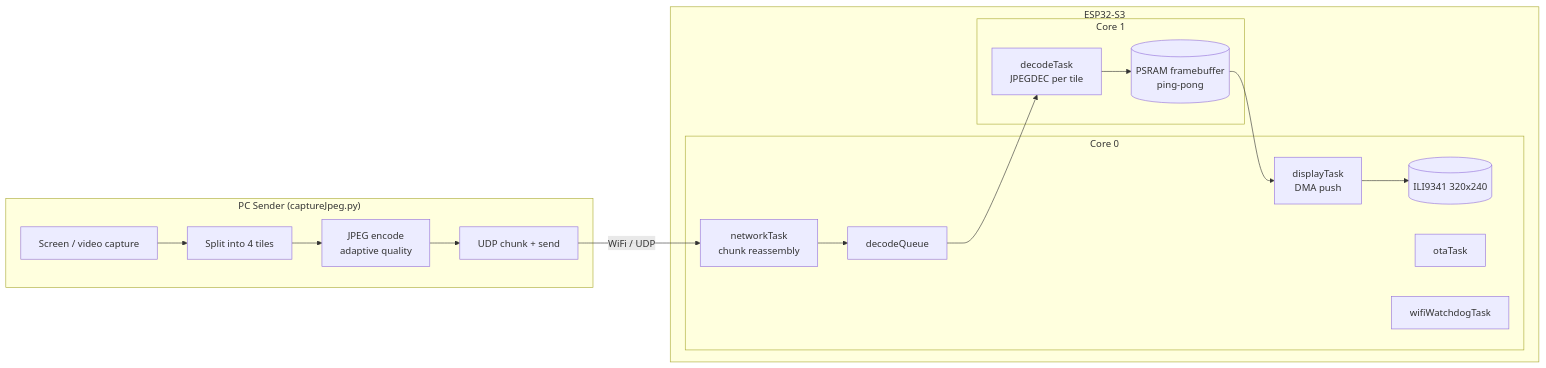
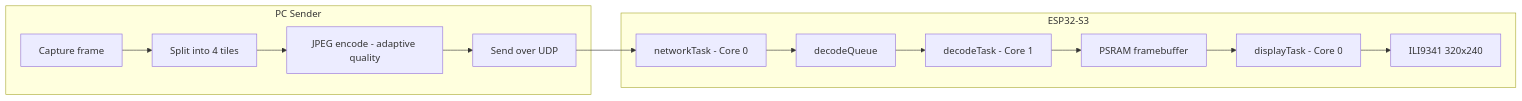
Before and after one commit to RYUKIUN/S3-tinyTV: the diagram in README.md, drawn with Mermaid. The commit also changed other lines of this file and 1 other file, not shown here.

Commit message:
fix readme flowchart

````diff
--- a/README.md
+++ b/README.md
@@ -41,24 +41,18 @@
 ```mermaid
 flowchart LR
-    subgraph PC["PC Sender (captureJpeg.py)"]
-        A[Screen / video capture] --> B[Split into 4 tiles]
-        B --> C[JPEG encode<br/>adaptive quality]
-        C --> D[UDP chunk + send]
+    subgraph PC[PC Sender]
+        A[Capture frame] --> B[Split into 4 tiles]
+        B --> C[JPEG encode - adaptive quality]
+        C --> D[Send over UDP]
     end
 
-    D -- WiFi / UDP --> E
+    D --> E
 
-    subgraph ESP["ESP32-S3"]
-        subgraph Core0["Core 0"]
-            E[networkTask<br/>chunk reassembly] --> F[decodeQueue]
-            J[displayTask<br/>DMA push] --> K[(ILI9341 320x240)]
-            OTA[otaTask]
-            WD[wifiWatchdogTask]
-        end
-        subgraph Core1["Core 1"]
-            F --> G[decodeTask<br/>JPEGDEC per tile]
-            G --> H[(PSRAM framebuffer<br/>ping-pong)]
-        end
-        H --> J
+    subgraph ESP[ESP32-S3]
+        E[networkTask - Core 0] --> F[decodeQueue]
+        F --> G[decodeTask - Core 1]
+        G --> H[PSRAM framebuffer]
+        H --> J[displayTask - Core 0]
+        J --> K[ILI9341 320x240]
     end
 ```
````
